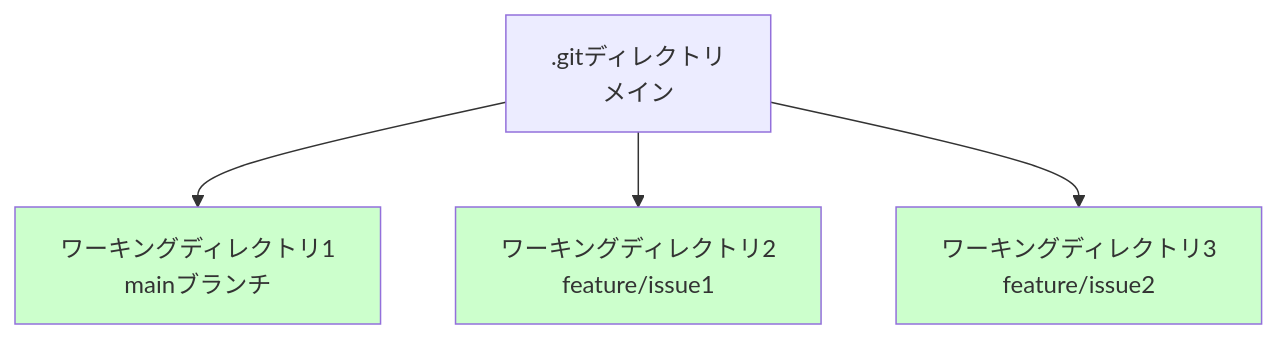
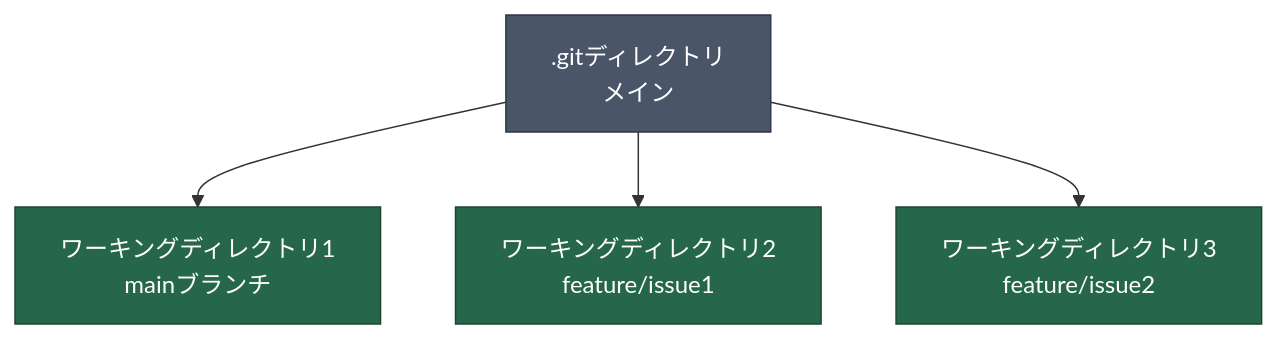
The second of 2 diagrams in book/pages/git_worktreeでマルチタスクを並列化する.md (cyber-freaks-jp/AI_Driven_Development_Course), drawn with Mermaid before and after one commit. The commit also changed other lines of this file and 4 other files, not shown here.

````diff
--- a/book/pages/git_worktreeでマルチタスクを並列化する.md
+++ b/book/pages/git_worktreeでマルチタスクを並列化する.md
@@ -54,10 +55,11 @@
 ```mermaid
 graph TB
-    A2[.gitディレクトリ<br/>メイン] --> B2[ワーキングディレクトリ1<br/>mainブランチ]
-    A2 --> C2[ワーキングディレクトリ2<br/>feature/issue1]
-    A2 --> D2[ワーキングディレクトリ3<br/>feature/issue2]
+    A2[.gitディレクトリ<br>メイン] --> B2[ワーキングディレクトリ1<br>mainブランチ]
+    A2 --> C2[ワーキングディレクトリ2<br>feature/issue1]
+    A2 --> D2[ワーキングディレクトリ3<br>feature/issue2]
 
-    style B2 fill:#ccffcc
-    style C2 fill:#ccffcc
-    style D2 fill:#ccffcc
+    style A2 fill:#4a5568,color:#fff,stroke:#2d3748
+    style B2 fill:#276749,color:#fff,stroke:#1c4532
+    style C2 fill:#276749,color:#fff,stroke:#1c4532
+    style D2 fill:#276749,color:#fff,stroke:#1c4532
 ```
````
